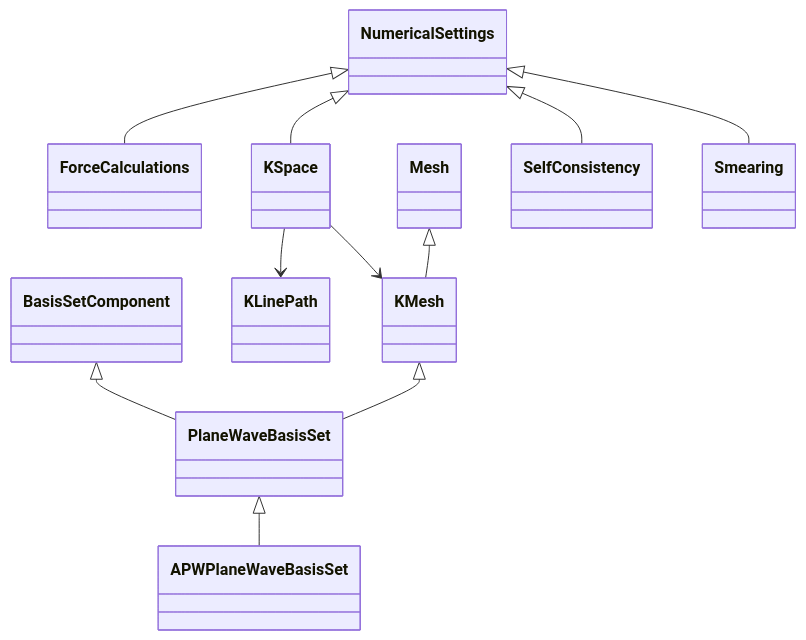
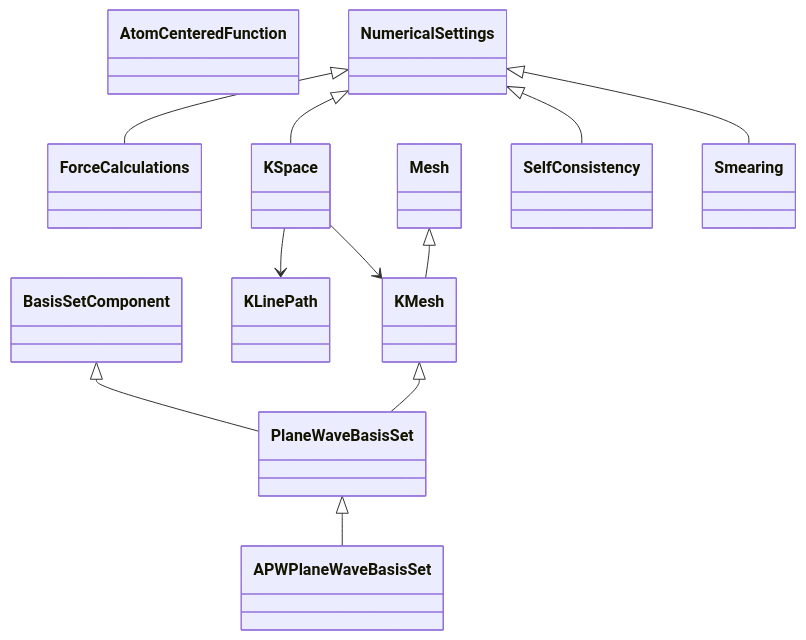
One commit to FAIRmat-NFDI/nomad-simulations changed the diagram in docs/schema/numerical_settings.diagram.md. Above: the diagram before and after it, drawn with Mermaid. The commit also changed other lines of this file and 92 other files, not shown here.

````diff
--- a/docs/schema/numerical_settings.diagram.md
+++ b/docs/schema/numerical_settings.diagram.md
@@ -16,35 +16,37 @@
 ```mermaid
 classDiagram
     class APWPlaneWaveBasisSet {
+    }
+    class AtomCenteredFunction {
     }
     class BasisSetComponent {
     }
     class ForceCalculations {
     }
     class KLinePath {
     }
     class KMesh {
     }
     class KSpace {
     }
     class Mesh {
     }
     class NumericalSettings {
     }
     class PlaneWaveBasisSet {
     }
     class SelfConsistency {
     }
     class Smearing {
     }
     PlaneWaveBasisSet <|-- APWPlaneWaveBasisSet
     NumericalSettings <|-- ForceCalculations
     Mesh <|-- KMesh
     NumericalSettings <|-- KSpace
     BasisSetComponent <|-- PlaneWaveBasisSet
     KMesh <|-- PlaneWaveBasisSet
     NumericalSettings <|-- SelfConsistency
     NumericalSettings <|-- Smearing
     KSpace --> KLinePath
     KSpace --> KMesh
 ```
````
